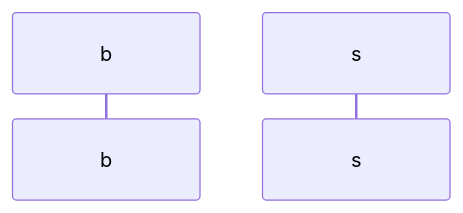
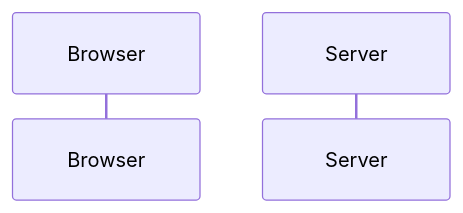
One commit to urmulu-riza/FullStackOpen-Part0 changed the diagram in nonSPA-NewNoteSeqDiagram.md. Above: the diagram before and after it, drawn with Mermaid.

Commit message:
participants update

````diff
--- a/nonSPA-NewNoteSeqDiagram.md
+++ b/nonSPA-NewNoteSeqDiagram.md
@@ -1,7 +1,7 @@
 ```mermaid
 sequenceDiagram
-    participant browser as b
-    participant server as s
+    participant b as Browser
+    participant s as Server
 
 
 ```
````
